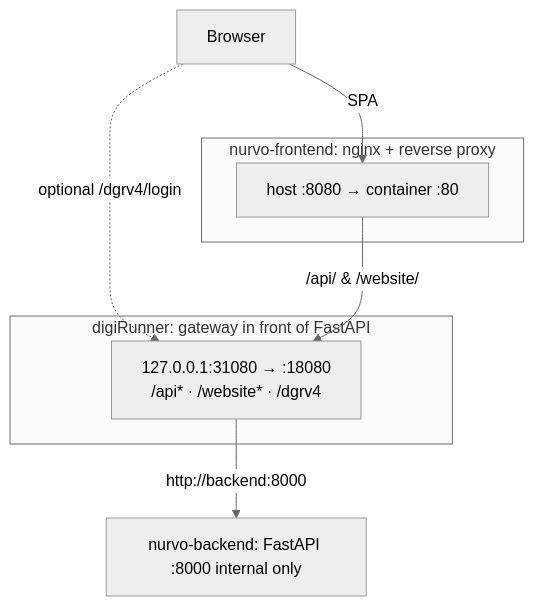
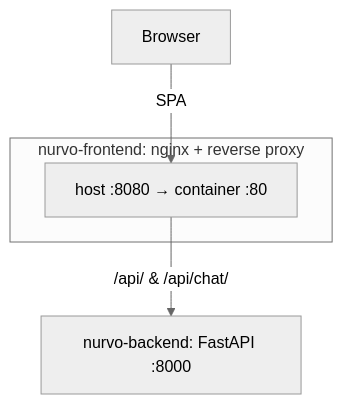
The diagram in SPEC.md (NurvoSoftware/Nurvo), drawn with Mermaid (neutral theme) before and after one commit. The commit also changed other lines of this file and 14 other files, not shown here.

First line of the commit message:
refactor: remove digiRunner gateway, wire frontend directly to FastAPI

````diff
--- a/SPEC.md
+++ b/SPEC.md
@@ -29,19 +27,13 @@
 ```mermaid
 flowchart TB
   U["Browser"]
 
   subgraph fe["nurvo-frontend: nginx + reverse proxy"]
     FE["host :8080 → container :80"]
   end
 
-  subgraph gw["digiRunner: gateway in front of FastAPI"]
-    DR["127.0.0.1:31080 → :18080<br/>/api* · /website* · /dgrv4"]
-  end
-
-  API["nurvo-backend: FastAPI :8000 internal only"]
+  API["nurvo-backend: FastAPI :8000"]
 
   U -->|SPA| FE
-  U -.->|optional /dgrv4/login| DR
-  FE -->|/api/ & /website/| DR
-  DR -->|http://backend:8000| API
+  FE -->|/api/ & /api/chat/| API
 ```
````
